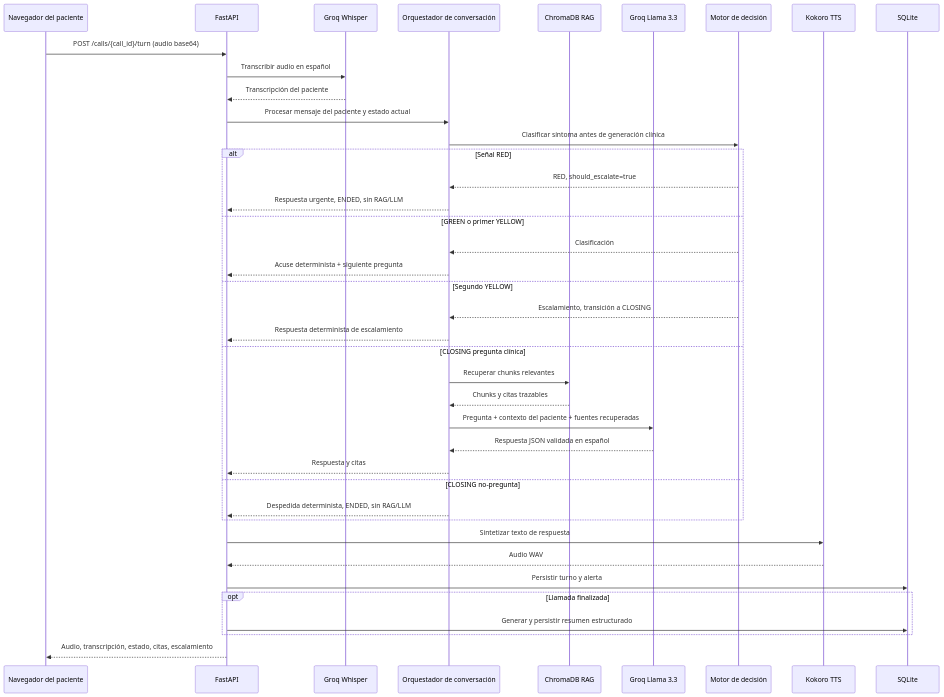
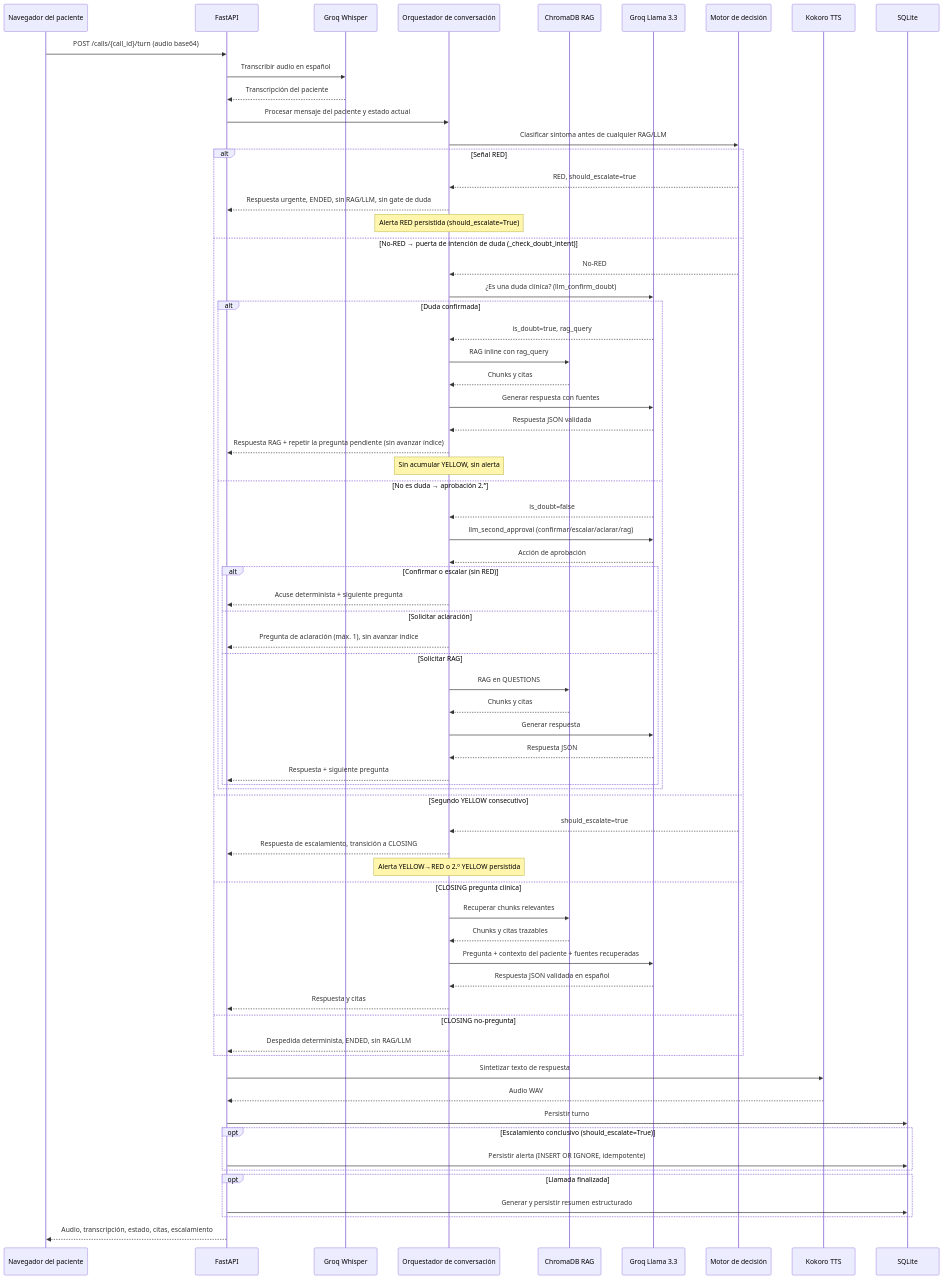
One commit to Edigiraldo/tech-sphere-challenge changed the second of 5 diagrams in docs/ARCHITECTURE-DIAGRAM.md. Above: the diagram before and after it, drawn with Mermaid. The commit also changed other lines of this file and 4 other files, not shown here.

Commit message:
docs: reconcile architecture and challenge documentation

````diff
--- a/docs/ARCHITECTURE-DIAGRAM.md
+++ b/docs/ARCHITECTURE-DIAGRAM.md
@@ -79,45 +86,74 @@
 ```mermaid
 sequenceDiagram
     participant P as Navegador del paciente
     participant API as FastAPI
     participant STT as Groq Whisper
     participant C as Orquestador de conversación
     participant R as ChromaDB RAG
     participant L as Groq Llama 3.3
     participant D as Motor de decisión
     participant T as Kokoro TTS
     participant DB as SQLite
 
     P->>API: POST /calls/{call_id}/turn (audio base64)
     API->>STT: Transcribir audio en español
     STT-->>API: Transcripción del paciente
     API->>C: Procesar mensaje del paciente y estado actual
-    C->>D: Clasificar síntoma antes de generación clínica
+    C->>D: Clasificar síntoma antes de cualquier RAG/LLM
 
     alt Señal RED
         D-->>C: RED, should_escalate=true
-        C-->>API: Respuesta urgente, ENDED, sin RAG/LLM
-    else GREEN o primer YELLOW
-        D-->>C: Clasificación
-        C-->>API: Acuse determinista + siguiente pregunta
-    else Segundo YELLOW
-        D-->>C: Escalamiento, transición a CLOSING
-        C-->>API: Respuesta determinista de escalamiento
+        C-->>API: Respuesta urgente, ENDED, sin RAG/LLM, sin gate de duda
+        Note over C: Alerta RED persistida (should_escalate=True)
+    else No-RED → puerta de intención de duda (_check_doubt_intent)
+        D-->>C: No-RED
+        C->>L: ¿Es una duda clínica? (llm_confirm_doubt)
+        alt Duda confirmada
+            L-->>C: is_doubt=true, rag_query
+            C->>R: RAG inline con rag_query
+            R-->>C: Chunks y citas
+            C->>L: Generar respuesta con fuentes
+            L-->>C: Respuesta JSON validada
+            C-->>API: Respuesta RAG + repetir la pregunta pendiente (sin avanzar índice)
+            Note over C: Sin acumular YELLOW, sin alerta
+        else No es duda → aprobación 2.ª
+            L-->>C: is_doubt=false
+            C->>L: llm_second_approval (confirmar/escalar/aclarar/rag)
+            L-->>C: Acción de aprobación
+            alt Confirmar o escalar (sin RED)
+                C-->>API: Acuse determinista + siguiente pregunta
+            else Solicitar aclaración
+                C-->>API: Pregunta de aclaración (máx. 1), sin avanzar índice
+            else Solicitar RAG
+                C->>R: RAG en QUESTIONS
+                R-->>C: Chunks y citas
+                C->>L: Generar respuesta
+                L-->>C: Respuesta JSON
+                C-->>API: Respuesta + siguiente pregunta
+            end
+        end
+    else Segundo YELLOW consecutivo
+        D-->>C: should_escalate=true
+        C-->>API: Respuesta de escalamiento, transición a CLOSING
+        Note over C: Alerta YELLOW→RED o 2.º YELLOW persistida
     else CLOSING pregunta clínica
         C->>R: Recuperar chunks relevantes
         R-->>C: Chunks y citas trazables
         C->>L: Pregunta + contexto del paciente + fuentes recuperadas
         L-->>C: Respuesta JSON validada en español
         C-->>API: Respuesta y citas
     else CLOSING no-pregunta
         C-->>API: Despedida determinista, ENDED, sin RAG/LLM
     end
 
     API->>T: Sintetizar texto de respuesta
     T-->>API: Audio WAV
-    API->>DB: Persistir turno y alerta
+    API->>DB: Persistir turno
+    opt Escalamiento conclusivo (should_escalate=True)
+        API->>DB: Persistir alerta (INSERT OR IGNORE, idempotente)
+    end
     opt Llamada finalizada
         API->>DB: Generar y persistir resumen estructurado
     end
     API-->>P: Audio, transcripción, estado, citas, escalamiento
 ```
````
